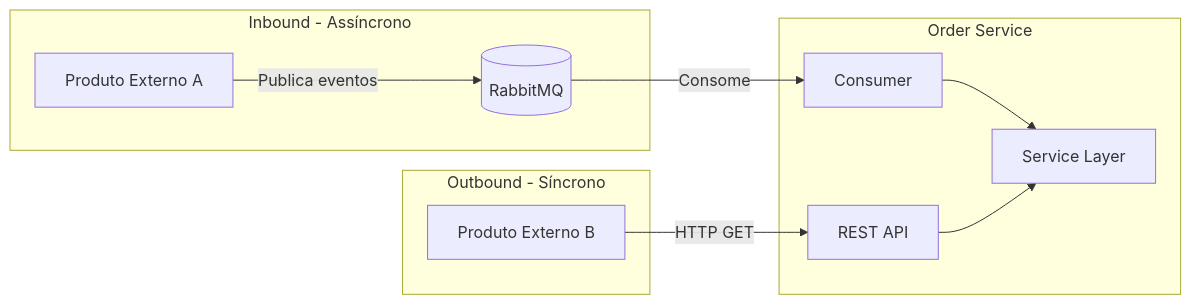
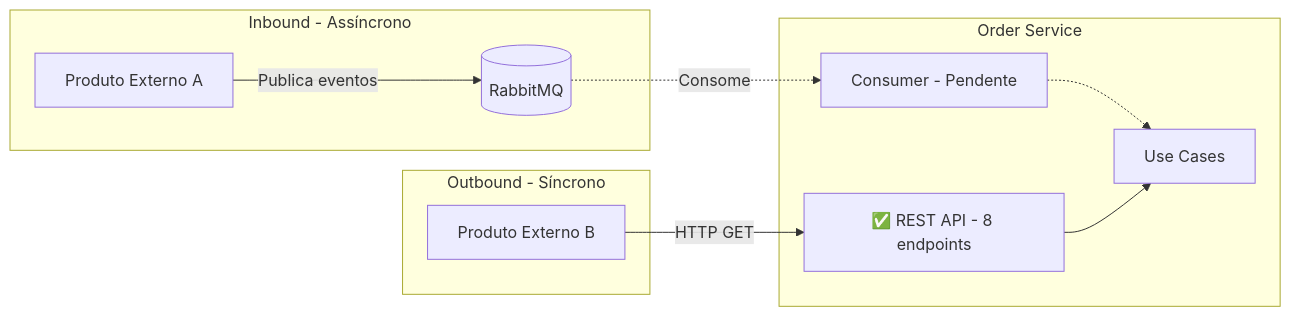
The first of 10 diagrams in docs/integracao.md (camilalimagodin/ms-manager-order-service), drawn with Mermaid before and after one commit. The commit also changed other lines of this file and 29 other files, not shown here.

First line of the commit message:
feat: Implement Order Management with JPA and REST API

````diff
--- a/docs/integracao.md
+++ b/docs/integracao.md
@@ -7,23 +7,23 @@
 ```mermaid
 flowchart LR
     subgraph "Inbound - Assíncrono"
         A[Produto Externo A]
         RMQ[(RabbitMQ)]
     end
     
     subgraph "Order Service"
-        C[Consumer]
-        S[Service Layer]
-        API[REST API]
+        C[Consumer - Pendente]
+        UC[Use Cases]
+        API[✅ REST API - 8 endpoints]
     end
     
     subgraph "Outbound - Síncrono"
         B[Produto Externo B]
     end
     
     A -->|Publica eventos| RMQ
-    RMQ -->|Consome| C
-    C --> S
+    RMQ -.->|Consome| C
+    C -.-> UC
     B -->|HTTP GET| API
-    API --> S
+    API --> UC
 ```
````
